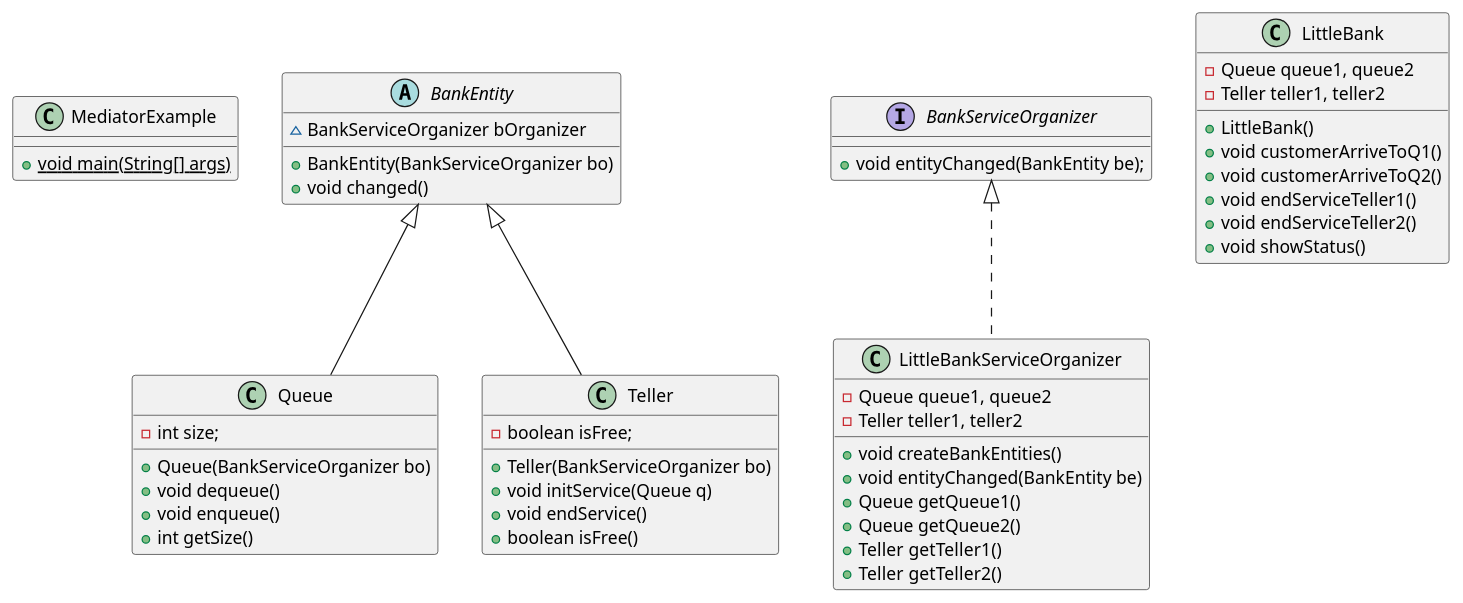
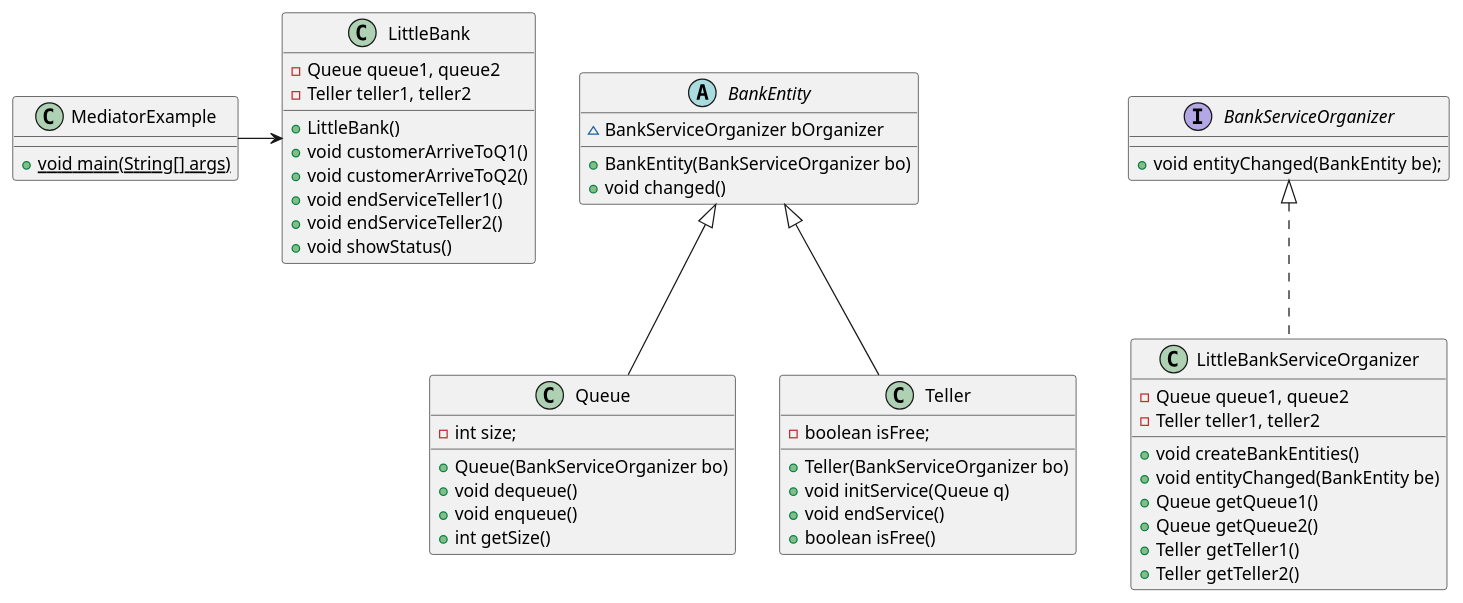
The diagram in Mediator/uml/MediatorClassDiagram.puml (BeqaKhaburdzania/FreeUni-SDP-2013-Lab-UML), drawn with PlantUML before and after one commit. The commit also changed 6 other files, not shown here.

```diff
--- a/Mediator/uml/MediatorClassDiagram.puml
+++ b/Mediator/uml/MediatorClassDiagram.puml
@@ -1,55 +1,57 @@
 @startuml
 
 class MediatorExample {
     + {static} void main(String[] args)
 }
 
 abstract class BankEntity {
     ~ BankServiceOrganizer bOrganizer
     + BankEntity(BankServiceOrganizer bo)
     + void changed()
 }
 
 interface BankServiceOrganizer {
     + void entityChanged(BankEntity be);
 }
 
 class LittleBank {
     - Queue queue1, queue2
     - Teller teller1, teller2
     + LittleBank()
     + void customerArriveToQ1()
     + void customerArriveToQ2()
     + void endServiceTeller1()
     + void endServiceTeller2()
     + void showStatus()
 }
 
 class LittleBankServiceOrganizer implements BankServiceOrganizer {
     - Queue queue1, queue2
     - Teller teller1, teller2
     + void createBankEntities()
     + void entityChanged(BankEntity be)
     + Queue getQueue1()
     + Queue getQueue2()
     + Teller getTeller1()
     + Teller getTeller2()
 }
 
 class Queue extends BankEntity {
     - int size;
     + Queue(BankServiceOrganizer bo)
     + void dequeue()
     + void enqueue()
     + int getSize()
 }
 
 class Teller extends BankEntity {
     - boolean isFree;
     + Teller(BankServiceOrganizer bo)
     + void initService(Queue q)
     + void endService()
     + boolean isFree()
 }
 
+MediatorExample -> LittleBank
+
 @enduml
```
